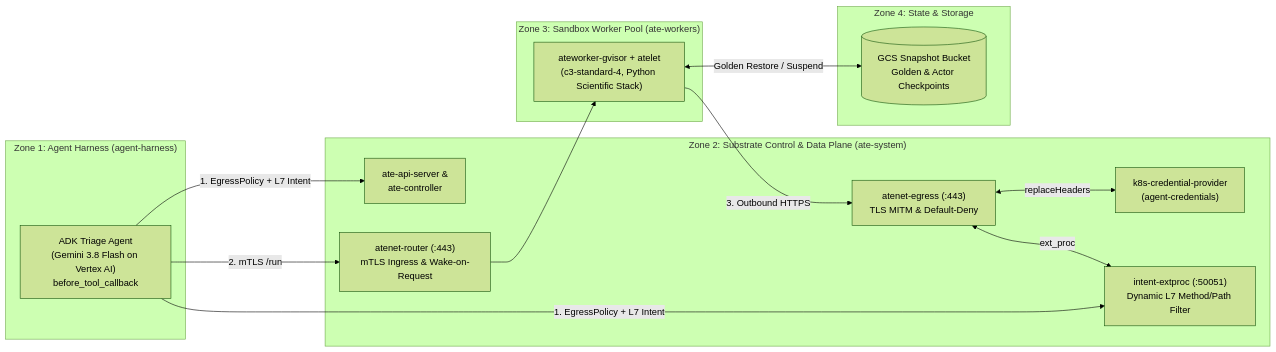
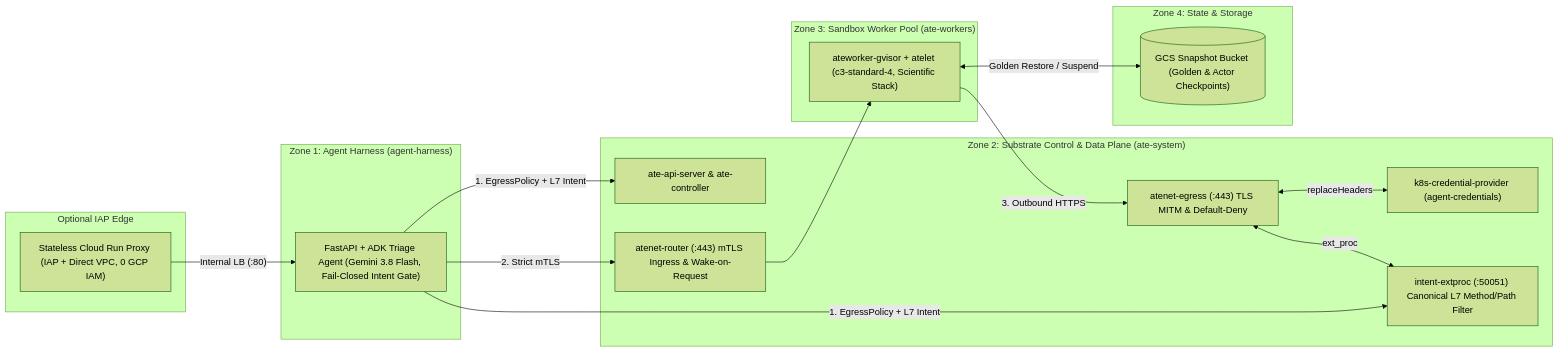
One commit to GoogleCloudPlatform/accelerated-platforms changed the diagram in docs/platforms/gke/base/use-cases/agent-substrate-secure-runtime/README.md. Above: the diagram before and after it, drawn with Mermaid (forest theme). The commit also changed other lines of this file and 30 other files, not shown here.

````diff
--- a/docs/platforms/gke/base/use-cases/agent-substrate-secure-runtime/README.md
+++ b/docs/platforms/gke/base/use-cases/agent-substrate-secure-runtime/README.md
@@ -13,25 +13,29 @@
 ```mermaid
 flowchart LR
+  subgraph Edge["Optional IAP Edge"]
+    CR["Stateless Cloud Run Proxy (IAP + Direct VPC, 0 GCP IAM)"]
+  end
   subgraph Z1["Zone 1: Agent Harness (agent-harness)"]
-    Agent["ADK Triage Agent\n(Gemini 3.8 Flash on Vertex AI)\nbefore_tool_callback"]
+    Agent["FastAPI + ADK Triage Agent (Gemini 3.8 Flash, Fail-Closed Intent Gate)"]
   end
   subgraph Z2["Zone 2: Substrate Control & Data Plane (ate-system)"]
-    API["ate-api-server &\nate-controller"]
-    Router["atenet-router (:443)\nmTLS Ingress & Wake-on-Request"]
-    Egress["atenet-egress (:443)\nTLS MITM & Default-Deny"]
-    Cred["k8s-credential-provider\n(agent-credentials)"]
-    ExtProc["intent-extproc (:50051)\nDynamic L7 Method/Path Filter"]
+    API["ate-api-server & ate-controller"]
+    Router["atenet-router (:443) mTLS Ingress & Wake-on-Request"]
+    Egress["atenet-egress (:443) TLS MITM & Default-Deny"]
+    Cred["k8s-credential-provider (agent-credentials)"]
+    ExtProc["intent-extproc (:50051) Canonical L7 Method/Path Filter"]
   end
   subgraph Z3["Zone 3: Sandbox Worker Pool (ate-workers)"]
-    Worker["ateworker-gvisor + atelet\n(c3-standard-4, Python Scientific Stack)"]
+    Worker["ateworker-gvisor + atelet (c3-standard-4, Scientific Stack)"]
   end
   subgraph Z4["Zone 4: State & Storage"]
-    GCS[("GCS Snapshot Bucket\nGolden & Actor Checkpoints")]
+    GCS[("GCS Snapshot Bucket (Golden & Actor Checkpoints)")]
   end
+  CR -->|"Internal LB (:80)"| Agent
   Agent -->|"1. EgressPolicy + L7 Intent"| API & ExtProc
-  Agent -->|"2. mTLS /run"| Router --> Worker
+  Agent -->|"2. Strict mTLS"| Router --> Worker
   Worker <-->|"Golden Restore / Suspend"| GCS
   Worker -->|"3. Outbound HTTPS"| Egress
   Egress <-->|"replaceHeaders"| Cred
   Egress <-->|"ext_proc"| ExtProc
 ```
````
